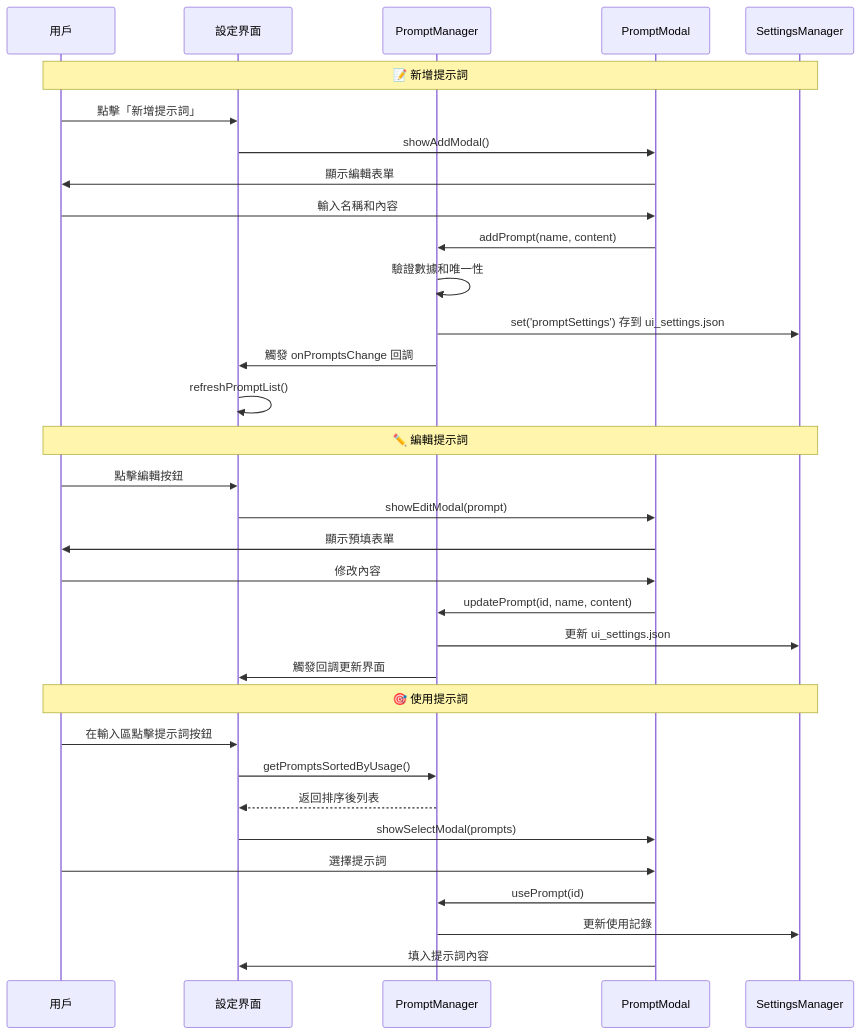
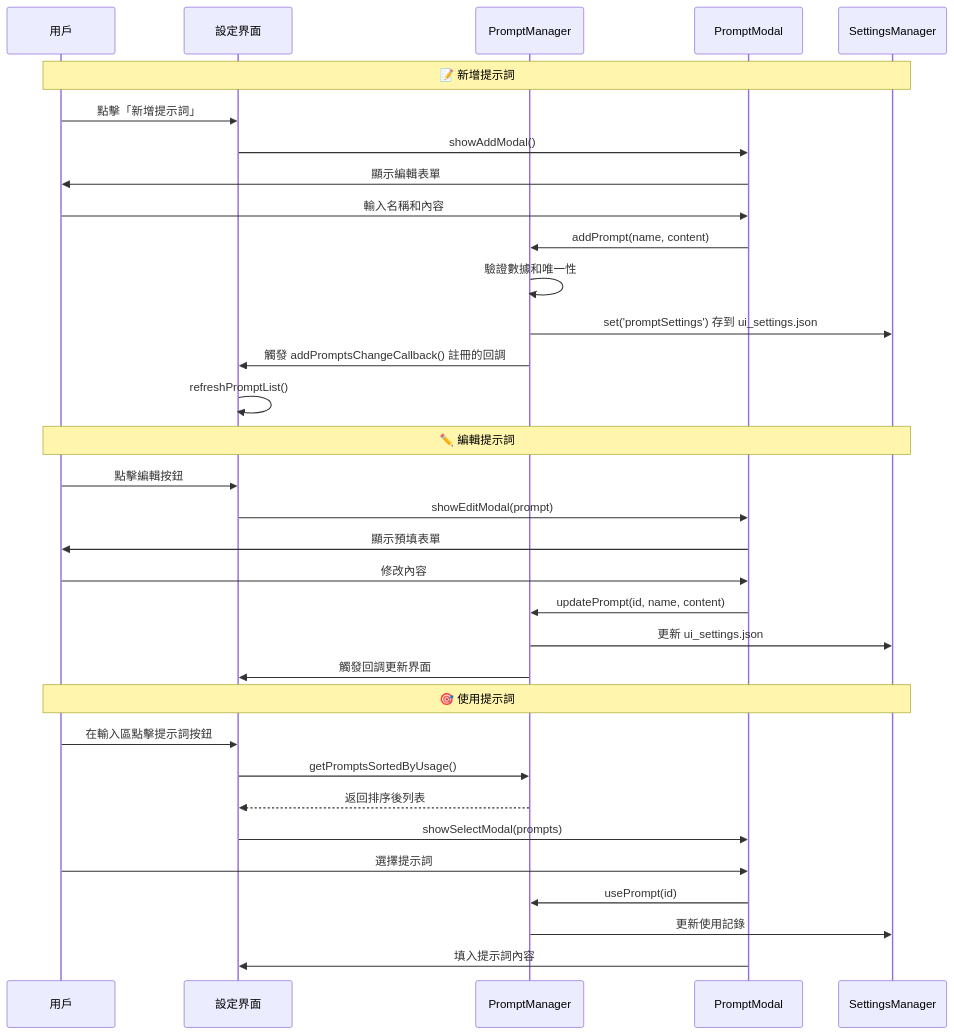
The seventh of 12 diagrams in docs/architecture/interaction-flows.md (CloudEngineHub/mcp-feedback-enhanced), drawn with Mermaid before and after one commit. The commit also changed other lines of this file, not shown here.

````diff
--- a/docs/architecture/interaction-flows.md
+++ b/docs/architecture/interaction-flows.md
@@ -517,38 +329,38 @@
 ```mermaid
 sequenceDiagram
     participant User as 用戶
     participant UI as 設定界面
     participant PM as PromptManager
     participant Modal as PromptModal
     participant Storage as SettingsManager
 
     Note over User,Storage: 📝 新增提示詞
     User->>UI: 點擊「新增提示詞」
     UI->>Modal: showAddModal()
     Modal->>User: 顯示編輯表單
     User->>Modal: 輸入名稱和內容
     Modal->>PM: addPrompt(name, content)
     PM->>PM: 驗證數據和唯一性
     PM->>Storage: set('promptSettings') 存到 ui_settings.json
-    PM->>UI: 觸發 onPromptsChange 回調
+    PM->>UI: 觸發 addPromptsChangeCallback() 註冊的回調
     UI->>UI: refreshPromptList()
 
     Note over User,Storage: ✏️ 編輯提示詞
     User->>UI: 點擊編輯按鈕
     UI->>Modal: showEditModal(prompt)
     Modal->>User: 顯示預填表單
     User->>Modal: 修改內容
     Modal->>PM: updatePrompt(id, name, content)
     PM->>Storage: 更新 ui_settings.json
     PM->>UI: 觸發回調更新界面
 
     Note over User,Storage: 🎯 使用提示詞
     User->>UI: 在輸入區點擊提示詞按鈕
     UI->>PM: getPromptsSortedByUsage()
     PM-->>UI: 返回排序後列表
     UI->>Modal: showSelectModal(prompts)
     User->>Modal: 選擇提示詞
     Modal->>PM: usePrompt(id)
     PM->>Storage: 更新使用記錄
     Modal->>UI: 填入提示詞內容
 ```
````
